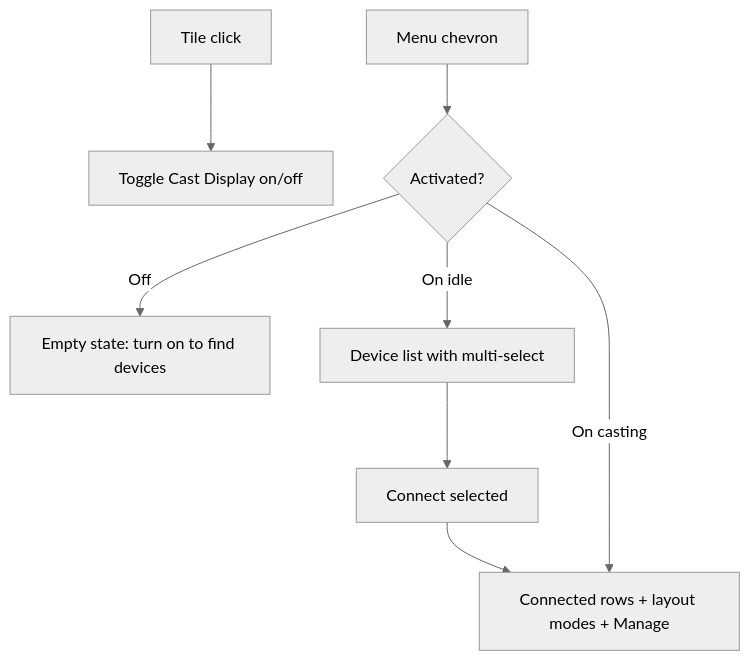
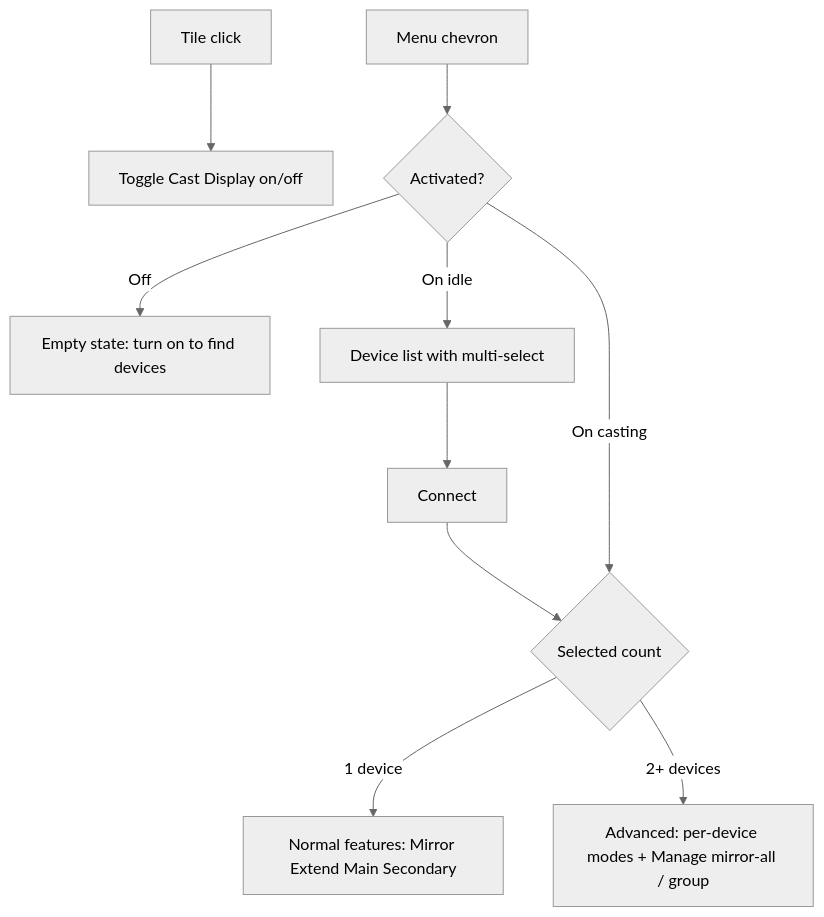
One commit to MatoloJr/cast changed the diagram in .cursor/plans/cast_display_ux_d188b0d9.plan.md. Above: the diagram before and after it, drawn with Mermaid (neutral theme). The commit also changed other lines of this file, not shown here.

Commit message:
Revise Cast Display UX plan: Update overview to clarify feature branching for single vs multi-device connections, enhance menu structure for device selection, and refine post-connect feature management. Add todos for affected files and improve CSS and README notes.

````diff
--- a/.cursor/plans/cast_display_ux_d188b0d9.plan.md
+++ b/.cursor/plans/cast_display_ux_d188b0d9.plan.md
@@ -29,10 +32,12 @@
 ```mermaid
 flowchart TD
   tileClick[Tile click] --> activate[Toggle Cast Display on/off]
   chevron[Menu chevron] --> menu{Activated?}
   menu -->|Off| empty[Empty state: turn on to find devices]
   menu -->|On idle| devices[Device list with multi-select]
-  devices --> connect[Connect selected]
-  connect --> connected[Connected rows + layout modes + Manage]
-  menu -->|On casting| connected
+  devices --> connect[Connect]
+  connect --> branch{Selected count}
+  branch -->|1 device| normal[Normal features: Mirror Extend Main Secondary]
+  branch -->|2+ devices| advanced[Advanced: per-device modes + Manage mirror-all / group]
+  menu -->|On casting| branch
 ```
````
